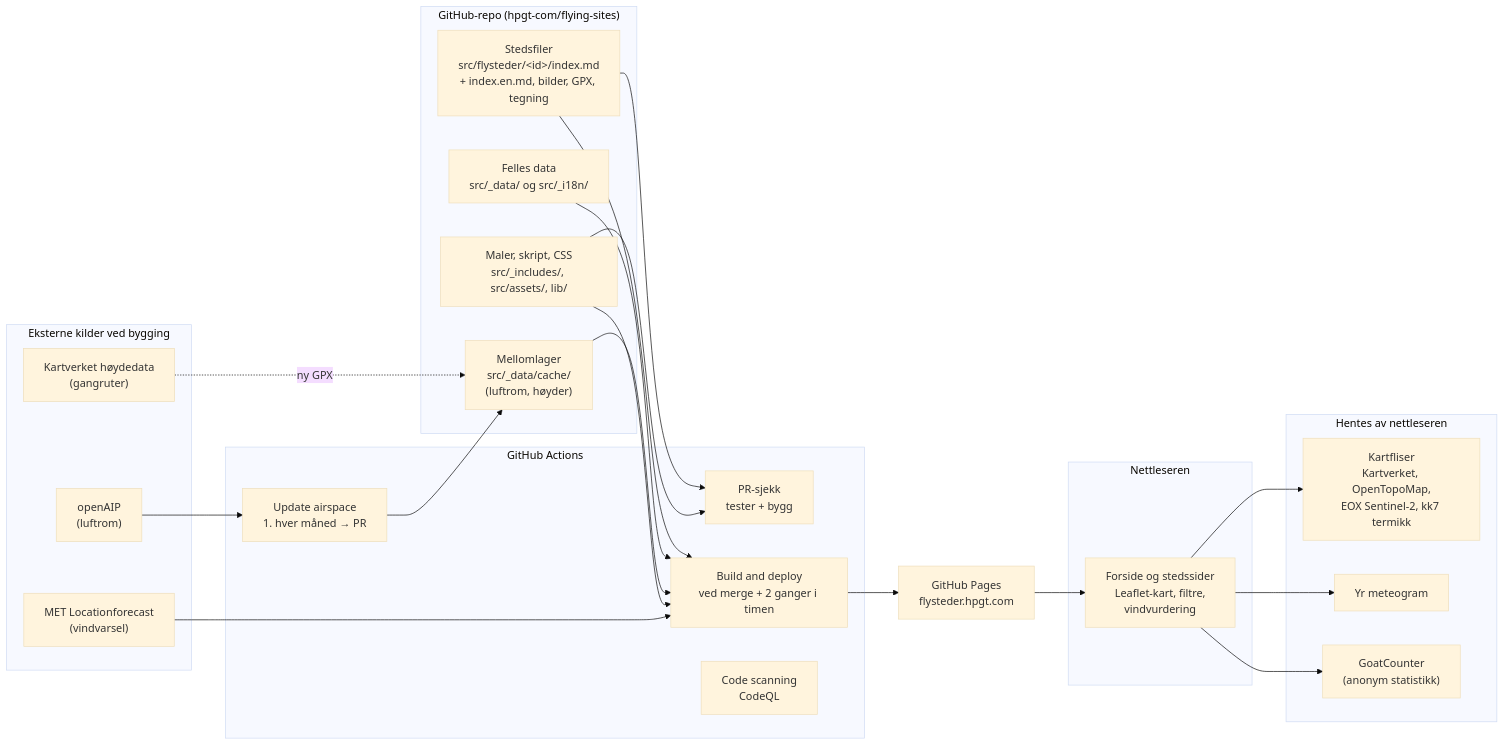
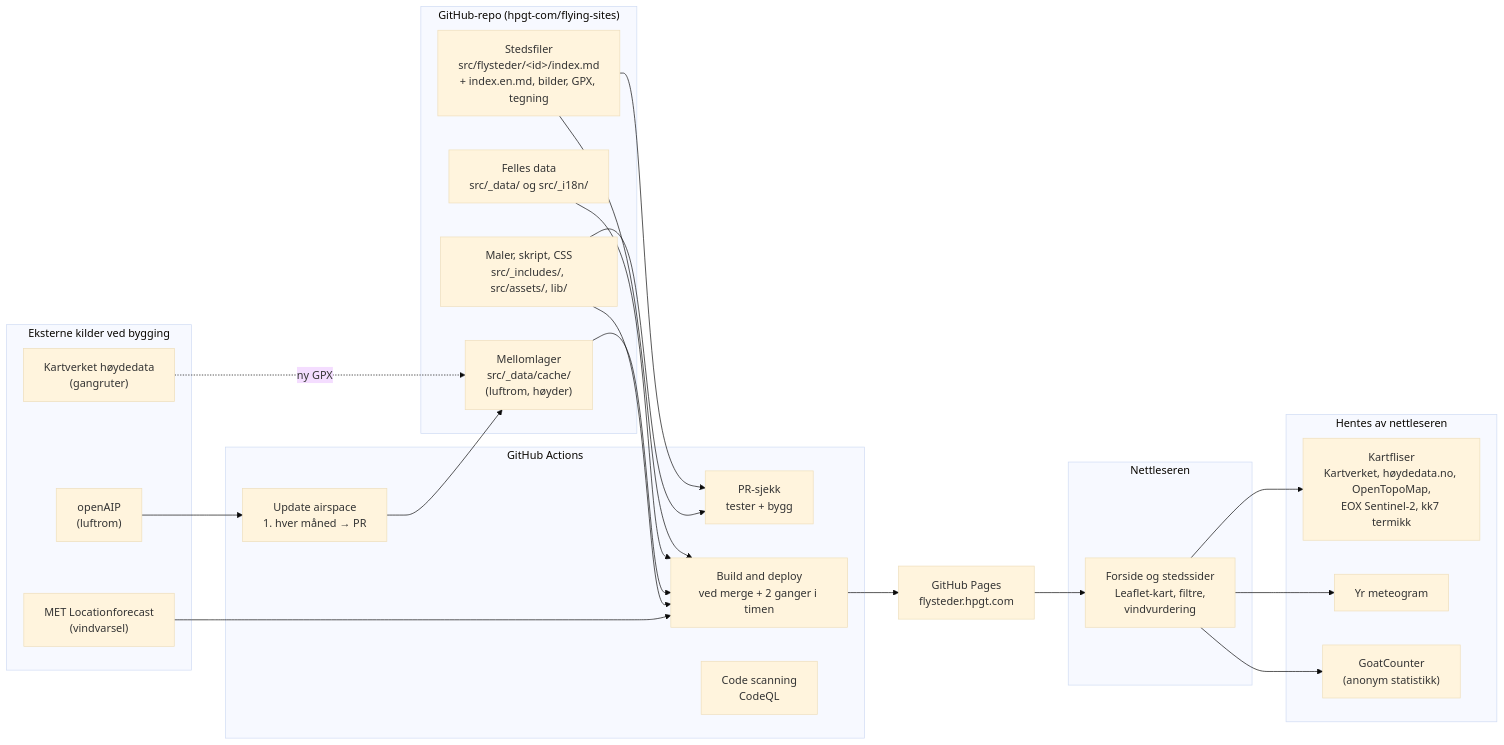
One commit to hpgt-com/flying-sites changed the first of 6 diagrams in docs/arkitektur.md. Above: the diagram before and after it, drawn with Mermaid (base theme). The commit also changed 12 other files, not shown here.

````diff
--- a/docs/arkitektur.md
+++ b/docs/arkitektur.md
@@ -13,42 +13,42 @@
 ```mermaid
 flowchart LR
   subgraph repo["GitHub-repo (hpgt-com/flying-sites)"]
     sites["Stedsfiler<br/>src/flysteder/&lt;id&gt;/index.md<br/>+ index.en.md, bilder, GPX, tegning"]
     data["Felles data<br/>src/_data/ og src/_i18n/"]
     cache["Mellomlager<br/>src/_data/cache/<br/>(luftrom, høyder)"]
     code["Maler, skript, CSS<br/>src/_includes/, src/assets/, lib/"]
   end
 
   subgraph actions["GitHub Actions"]
     prcheck["PR-sjekk<br/>tester + bygg"]
     deploy["Build and deploy<br/>ved merge + 2 ganger i timen"]
     airspace["Update airspace<br/>1. hver måned → PR"]
     scan["Code scanning<br/>CodeQL"]
   end
 
   subgraph ext["Eksterne kilder ved bygging"]
     met["MET Locationforecast<br/>(vindvarsel)"]
     kv["Kartverket høydedata<br/>(gangruter)"]
     oaip["openAIP<br/>(luftrom)"]
   end
 
   pages["GitHub Pages<br/>flysteder.hpgt.com"]
 
   subgraph browser["Nettleseren"]
     ui["Forside og stedssider<br/>Leaflet-kart, filtre,<br/>vindvurdering"]
   end
 
   subgraph runtime["Hentes av nettleseren"]
-    tiles["Kartfliser<br/>Kartverket, OpenTopoMap,<br/>EOX Sentinel-2, kk7 termikk"]
+    tiles["Kartfliser<br/>Kartverket, høydedata.no, OpenTopoMap,<br/>EOX Sentinel-2, kk7 termikk"]
     yr["Yr meteogram"]
     gc["GoatCounter<br/>(anonym statistikk)"]
   end
 
   sites & data & cache & code --> deploy
   sites & code --> prcheck
   met --> deploy
   kv -. "ny GPX" .-> cache
   oaip --> airspace --> cache
   deploy --> pages --> ui
   ui --> tiles & yr & gc
 ```
````
